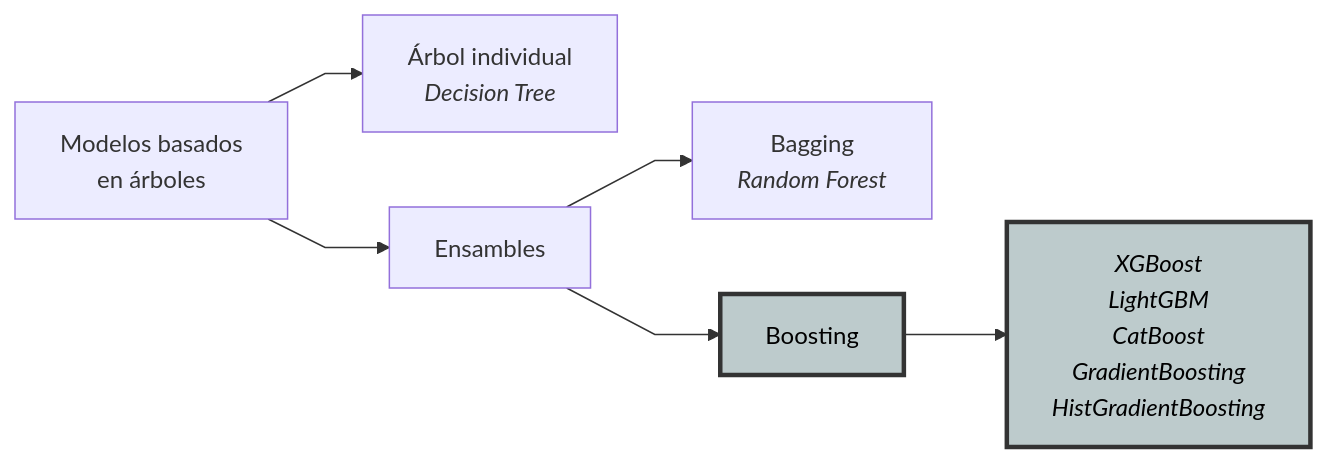
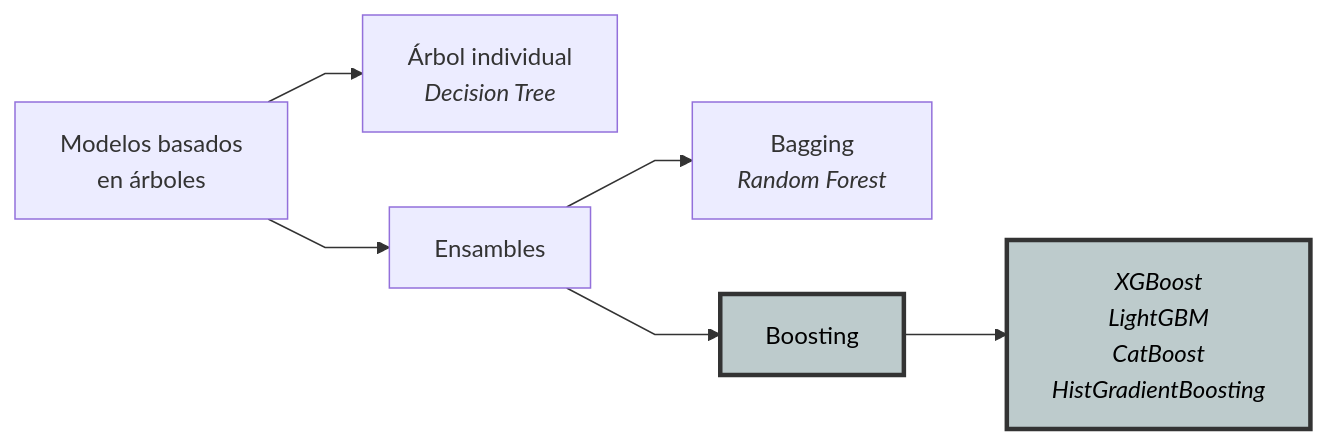
The diagram in slides/20260903-uba-monotonicconstraints/slides.qmd (karbartolome/workshops), drawn with Mermaid before and after one commit. The commit also changed other lines of this file and 5 other files, not shown here.

````diff
--- a/slides/20260903-uba-monotonicconstraints/slides.qmd
+++ b/slides/20260903-uba-monotonicconstraints/slides.qmd
@@ -172,21 +181,21 @@
 ```{mermaid}
 %%| fig-cap: "Principales tipos de modelos basados en árboles"
 %%| label: fig-ml-trees
 %%{init: {'flowchart': {'curve': 'linear'}}}%%
 
 graph LR
     trees[Modelos basados<br/>en árboles]
     single[Árbol individual<br/><i>Decision Tree</i>]
     ensembles[Ensambles]
     bagging[Bagging<br/><i>Random Forest</i>]
     boosting[Boosting]:::focus
-    models[<i>XGBoost<br/>LightGBM<br/>CatBoost<br/>GradientBoosting<br>HistGradientBoosting</i>]:::focus
+    models[<i>XGBoost<br/>LightGBM<br/>CatBoost<br/>HistGradientBoosting</i>]:::focus
 
     trees --> single
     trees --> ensembles
     ensembles --> bagging
     ensembles --> boosting
     boosting --> models
 
     classDef focus fill:#BDCBCC,stroke:#333,stroke-width:3px,color:black;
 ```
````
